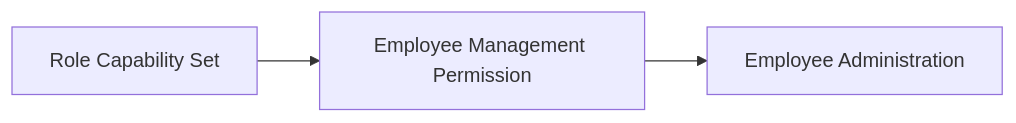
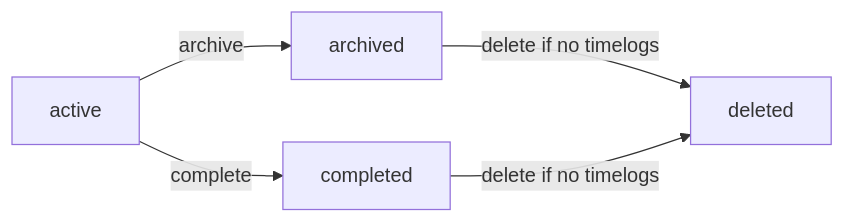
Before and after one commit to wrtnlabs/autobe-examples: diagram 14 of 19 in openai/gpt-5.4-mini/erp/docs/analysis/02-domain-model.md, drawn with Mermaid. The commit also changed other lines of this file and 9017 other files, not shown here.

````diff
--- a/openai/gpt-5.4-mini/erp/docs/analysis/02-domain-model.md
+++ b/openai/gpt-5.4-mini/erp/docs/analysis/02-domain-model.md
@@ -286,5 +721,7 @@
 ```mermaid
 flowchart LR
-    A["Employee Management Permission"] --> B["Employee Administration"]
-    C["Role Capability Set"] --> A
+    A["active"] -->|"archive"| B["archived"]
+    A -->|"complete"| C["completed"]
+    B -->|"delete if no timelogs"| D["deleted"]
+    C -->|"delete if no timelogs"| D
 ```
````
